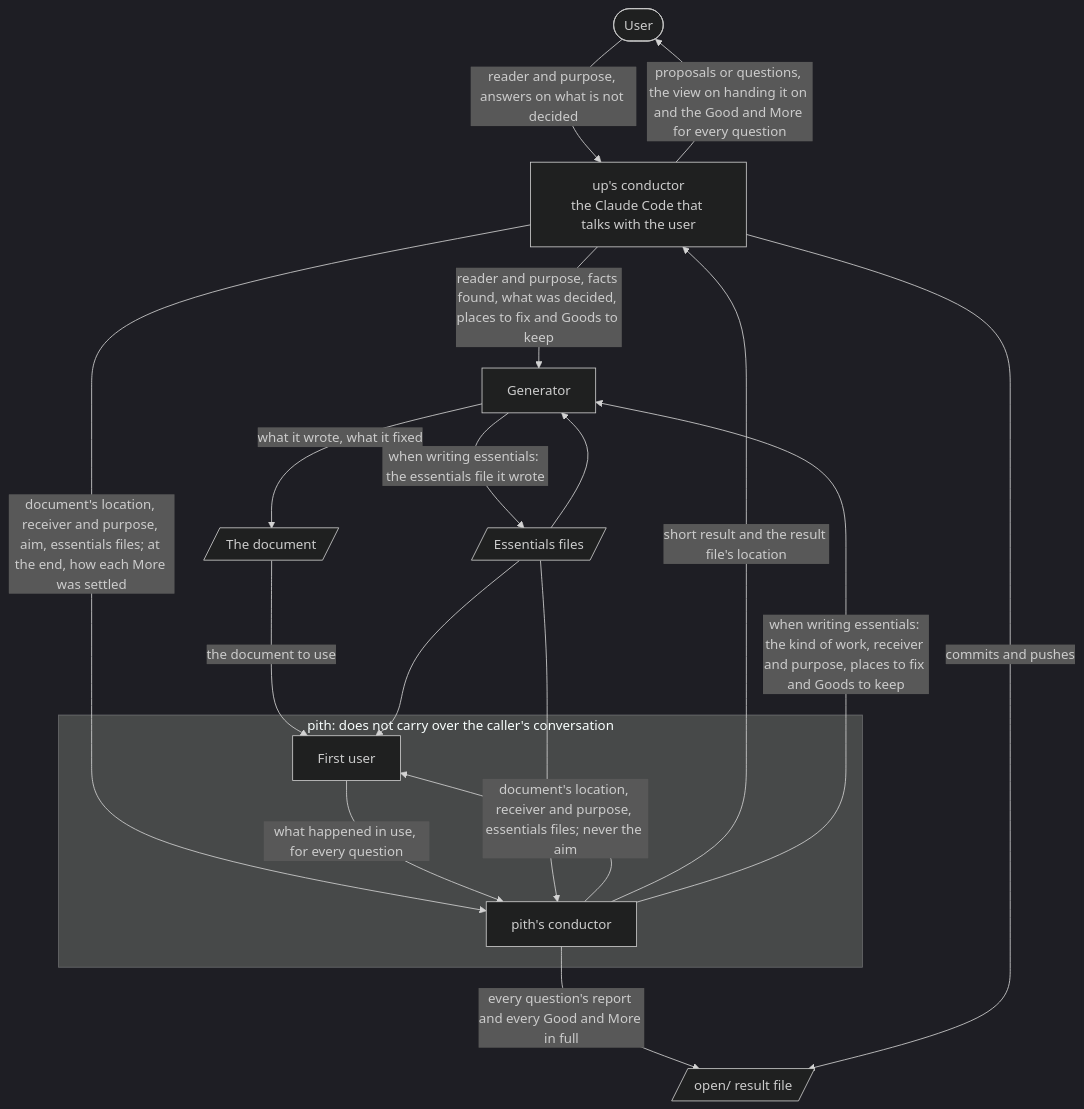
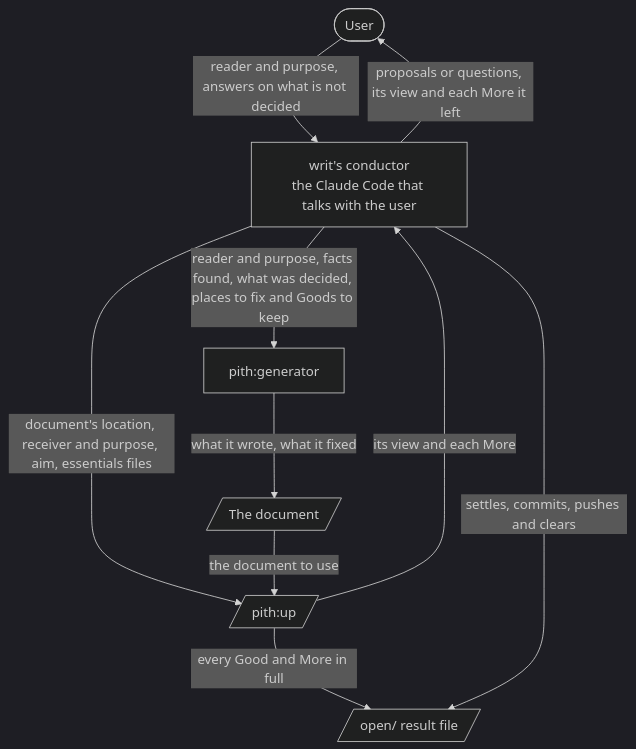
The first of 3 diagrams in writ/docs/design.md (lovaizu/ccpm), drawn with Mermaid (dark theme) before and after one commit. The commit also changed other lines of this file and 51 other files, not shown here.

First line of the commit message:
pith: a plugin of its own, with writ checking through it

````diff
--- a/writ/docs/design.md
+++ b/writ/docs/design.md
@@ -5,28 +5,18 @@
 ```mermaid
 flowchart TD
   U([User])
-  C[up's conductor<br/>the Claude Code that talks with the user]
-  G[Generator]
+  C[writ's conductor<br/>the Claude Code that talks with the user]
+  G[pith:generator]
   F[/The document/]
-  subgraph P[pith: does not carry over the caller's conversation]
-    PC[pith's conductor]
-    FU[First user]
-  end
-  E[/Essentials files/]
+  P[/pith:up/]
+  RF[/open/ result file/]
   U -->|reader and purpose, answers on what is not decided| C
-  C -->|proposals or questions, the view on handing it on and the Good and More for every question| U
+  C -->|proposals or questions, its view and each More it left| U
   C -->|reader and purpose, facts found, what was decided, places to fix and Goods to keep| G
   G -->|what it wrote, what it fixed| F
-  C -->|document's location, receiver and purpose, aim, essentials files; at the end, how each More was settled| PC
-  PC -->|document's location, receiver and purpose, essentials files; never the aim| FU
-  F -->|the document to use| FU
-  FU -->|what happened in use, for every question| PC
-  PC -->|every question's report and every Good and More in full| RF[/open/ result file/]
-  PC -->|short result and the result file's location| C
-  C -->|commits and pushes| RF
-  PC -->|when writing essentials: the kind of work, receiver and purpose, places to fix and Goods to keep| G
-  G -->|when writing essentials: the essentials file it wrote| E
-  E --> G
-  E --> FU
-  E --> PC
+  C -->|document's location, receiver and purpose, aim, essentials files| P
+  F -->|the document to use| P
+  P -->|every Good and More in full| RF
+  P -->|its view and each More| C
+  C -->|settles, commits, pushes and clears| RF
 ```
````
